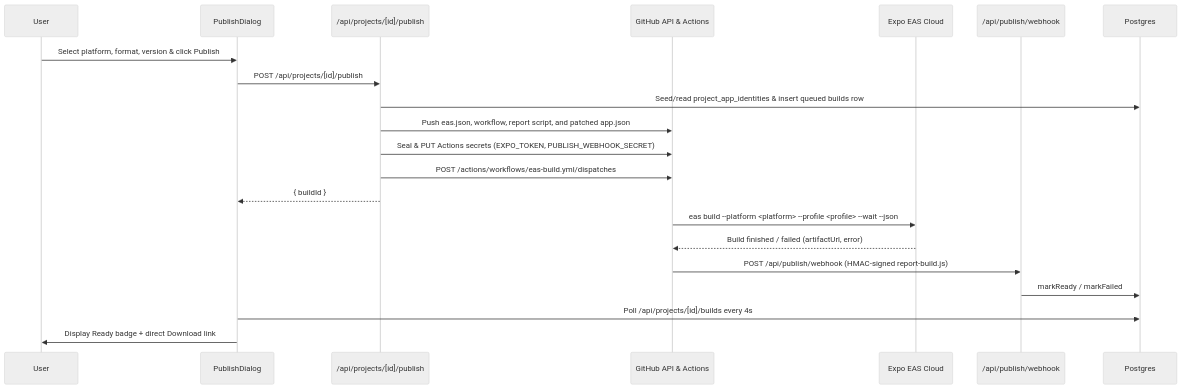
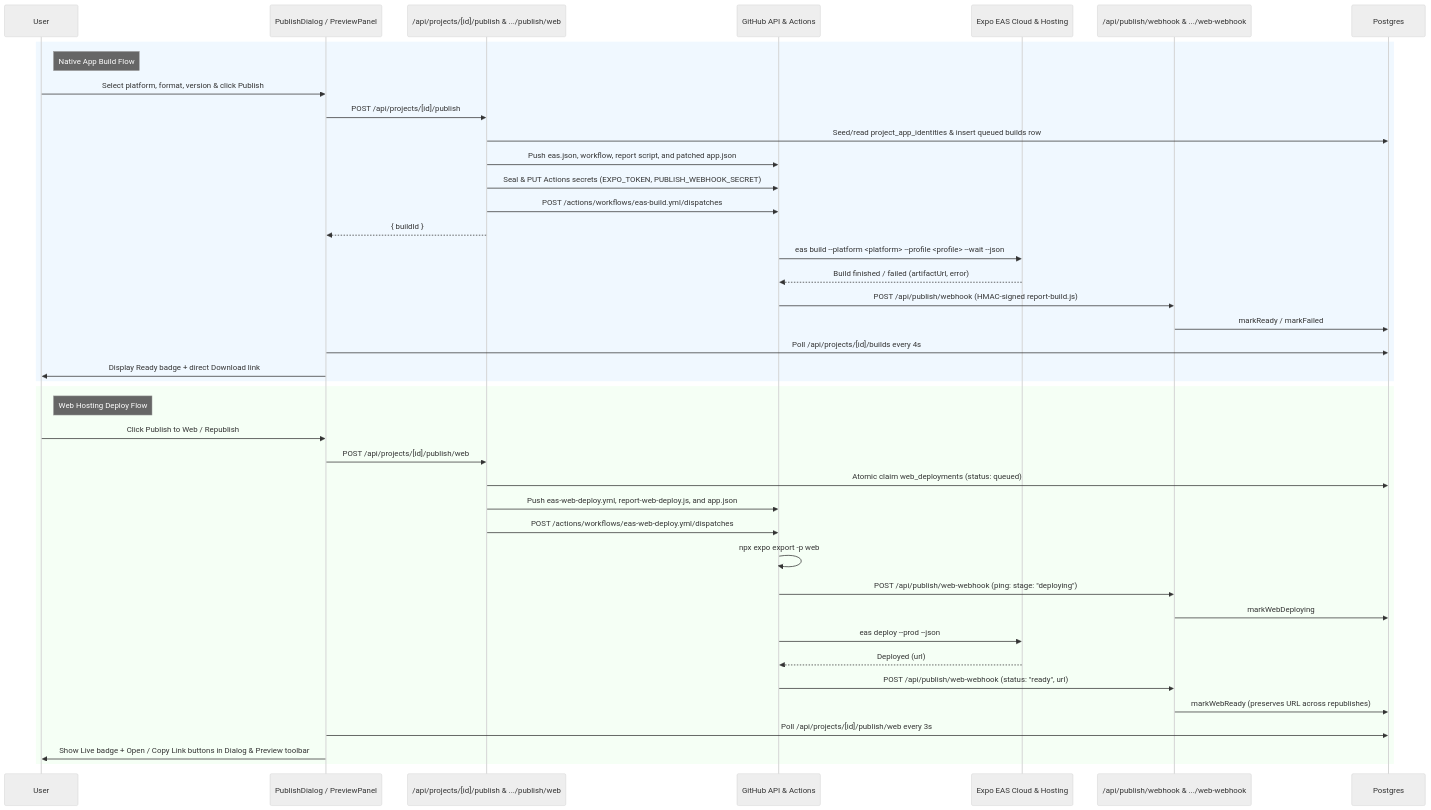
Before and after one commit to pranav589/ai-app-builder: diagram 11 of 24 in docs/codebase-walkthrough.md, drawn with Mermaid (neutral theme). The commit also changed other lines of this file and 26 other files, not shown here.

Commit message:
ft: Web deploy with Expo

````diff
--- a/docs/codebase-walkthrough.md
+++ b/docs/codebase-walkthrough.md
@@ -553,24 +553,45 @@
 ```mermaid
 sequenceDiagram
     participant U as User
-    participant UI as PublishDialog
-    participant API as /api/projects/[id]/publish
+    participant UI as PublishDialog / PreviewPanel
+    participant API as /api/projects/[id]/publish & .../publish/web
     participant GH as GitHub API & Actions
-    participant EAS as Expo EAS Cloud
-    participant WH as /api/publish/webhook
+    participant EAS as Expo EAS Cloud & Hosting
+    participant WH as /api/publish/webhook & .../web-webhook
     participant DB as Postgres
 
+    rect rgb(240, 248, 255)
+    note right of U: Native App Build Flow
     U->>UI: Select platform, format, version & click Publish
     UI->>API: POST /api/projects/[id]/publish
     API->>DB: Seed/read project_app_identities & insert queued builds row
     API->>GH: Push eas.json, workflow, report script, and patched app.json
     API->>GH: Seal & PUT Actions secrets (EXPO_TOKEN, PUBLISH_WEBHOOK_SECRET)
     API->>GH: POST /actions/workflows/eas-build.yml/dispatches
     API-->>UI: { buildId }
     GH->>EAS: eas build --platform <platform> --profile <profile> --wait --json
     EAS-->>GH: Build finished / failed (artifactUrl, error)
     GH->>WH: POST /api/publish/webhook (HMAC-signed report-build.js)
     WH->>DB: markReady / markFailed
     UI->>DB: Poll /api/projects/[id]/builds every 4s
     UI->>U: Display Ready badge + direct Download link
+    end
+
+    rect rgb(245, 255, 245)
+    note right of U: Web Hosting Deploy Flow
+    U->>UI: Click Publish to Web / Republish
+    UI->>API: POST /api/projects/[id]/publish/web
+    API->>DB: Atomic claim web_deployments (status: queued)
+    API->>GH: Push eas-web-deploy.yml, report-web-deploy.js, and app.json
+    API->>GH: POST /actions/workflows/eas-web-deploy.yml/dispatches
+    GH->>GH: npx expo export -p web
+    GH->>WH: POST /api/publish/web-webhook (ping: stage: "deploying")
+    WH->>DB: markWebDeploying
+    GH->>EAS: eas deploy --prod --json
+    EAS-->>GH: Deployed (url)
+    GH->>WH: POST /api/publish/web-webhook (status: "ready", url)
+    WH->>DB: markWebReady (preserves URL across republishes)
+    UI->>DB: Poll /api/projects/[id]/publish/web every 3s
+    UI->>U: Show Live badge + Open / Copy Link buttons in Dialog & Preview toolbar
+    end
 ```
````
